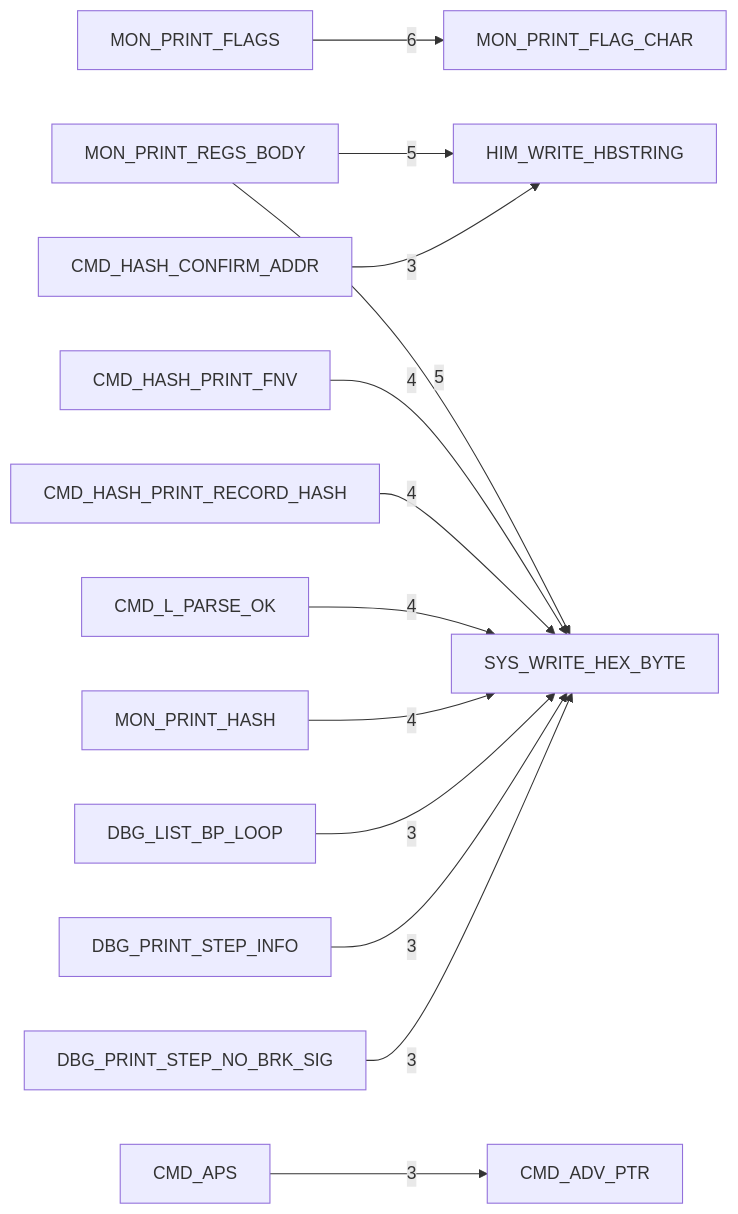
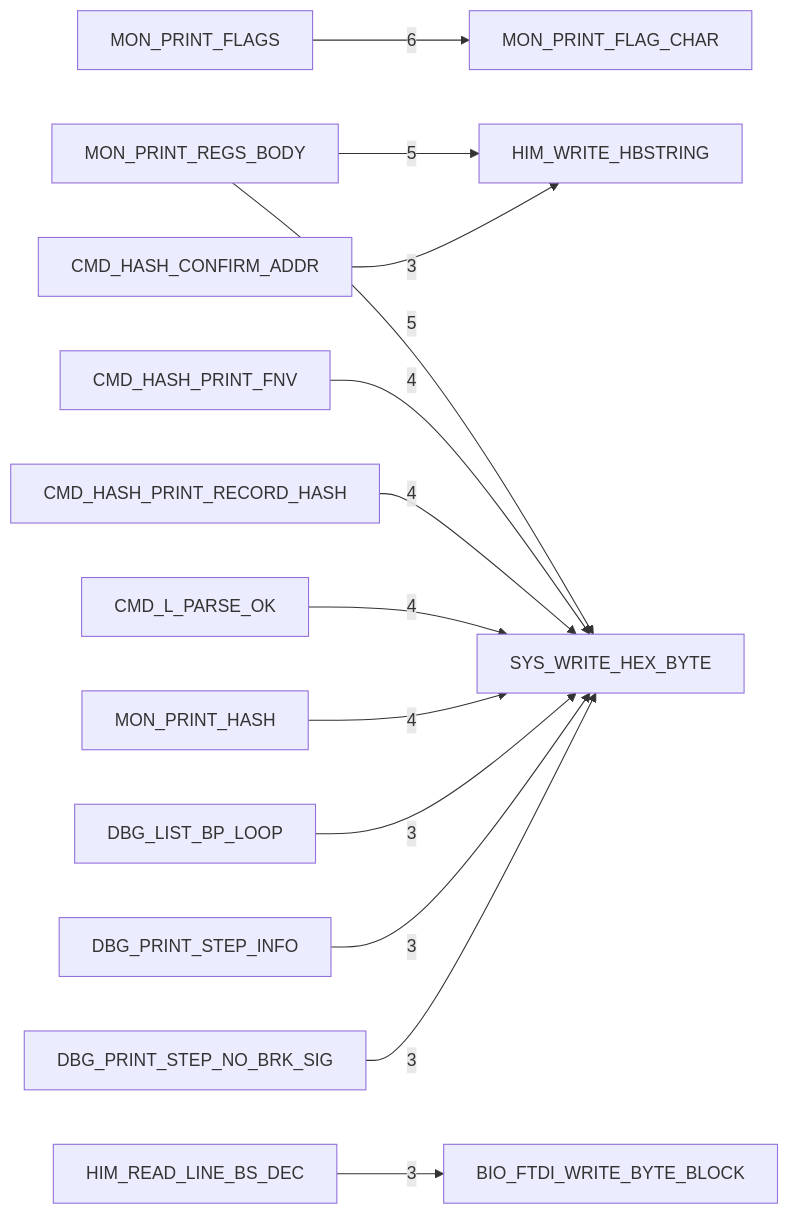
One commit to 95westus/R-YORS changed the second of 6 diagrams in DOC/GENERATED/HIMON_ROUTINE_TREE.md. Above: the diagram before and after it, drawn with Mermaid. The commit also changed other lines of this file and 243 other files, not shown here.

````diff
--- a/DOC/GENERATED/HIMON_ROUTINE_TREE.md
+++ b/DOC/GENERATED/HIMON_ROUTINE_TREE.md
@@ -26,15 +26,15 @@
 ```mermaid
 flowchart LR
     N_MON_PRINT_FLAGS[MON_PRINT_FLAGS] -->|6| N_MON_PRINT_FLAG_CHAR[MON_PRINT_FLAG_CHAR]
     N_MON_PRINT_REGS_BODY[MON_PRINT_REGS_BODY] -->|5| N_HIM_WRITE_HBSTRING[HIM_WRITE_HBSTRING]
     N_MON_PRINT_REGS_BODY[MON_PRINT_REGS_BODY] -->|5| N_SYS_WRITE_HEX_BYTE[SYS_WRITE_HEX_BYTE]
     N_CMD_HASH_PRINT_FNV[CMD_HASH_PRINT_FNV] -->|4| N_SYS_WRITE_HEX_BYTE[SYS_WRITE_HEX_BYTE]
     N_CMD_HASH_PRINT_RECORD_HASH[CMD_HASH_PRINT_RECORD_HASH] -->|4| N_SYS_WRITE_HEX_BYTE[SYS_WRITE_HEX_BYTE]
     N_CMD_L_PARSE_OK[CMD_L_PARSE_OK] -->|4| N_SYS_WRITE_HEX_BYTE[SYS_WRITE_HEX_BYTE]
     N_MON_PRINT_HASH[MON_PRINT_HASH] -->|4| N_SYS_WRITE_HEX_BYTE[SYS_WRITE_HEX_BYTE]
-    N_CMD_APS[CMD_APS] -->|3| N_CMD_ADV_PTR[CMD_ADV_PTR]
     N_CMD_HASH_CONFIRM_ADDR[CMD_HASH_CONFIRM_ADDR] -->|3| N_HIM_WRITE_HBSTRING[HIM_WRITE_HBSTRING]
     N_DBG_LIST_BP_LOOP[DBG_LIST_BP_LOOP] -->|3| N_SYS_WRITE_HEX_BYTE[SYS_WRITE_HEX_BYTE]
     N_DBG_PRINT_STEP_INFO[DBG_PRINT_STEP_INFO] -->|3| N_SYS_WRITE_HEX_BYTE[SYS_WRITE_HEX_BYTE]
     N_DBG_PRINT_STEP_NO_BRK_SIG[DBG_PRINT_STEP_NO_BRK_SIG] -->|3| N_SYS_WRITE_HEX_BYTE[SYS_WRITE_HEX_BYTE]
+    N_HIM_READ_LINE_BS_DEC[HIM_READ_LINE_BS_DEC] -->|3| N_BIO_FTDI_WRITE_BYTE_BLOCK[BIO_FTDI_WRITE_BYTE_BLOCK]
 ```
````
